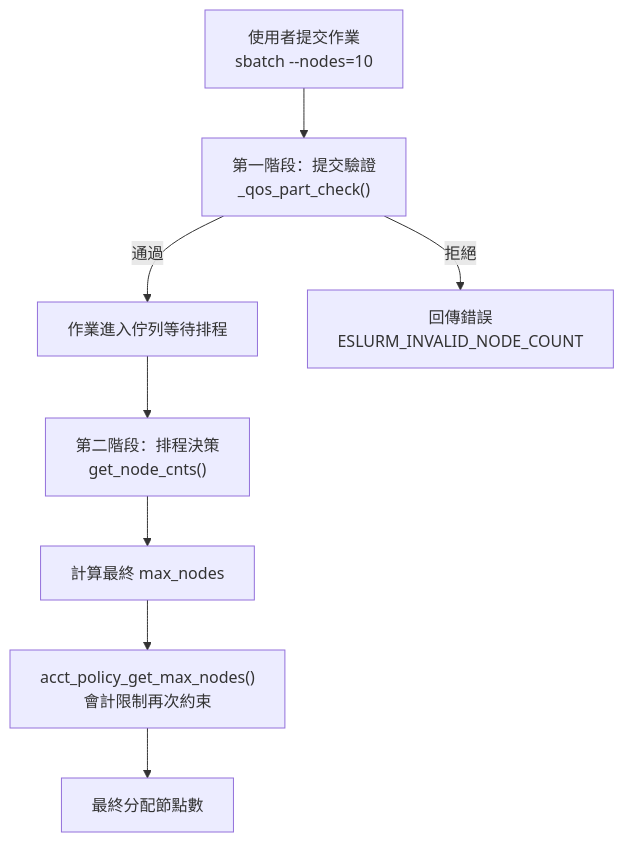
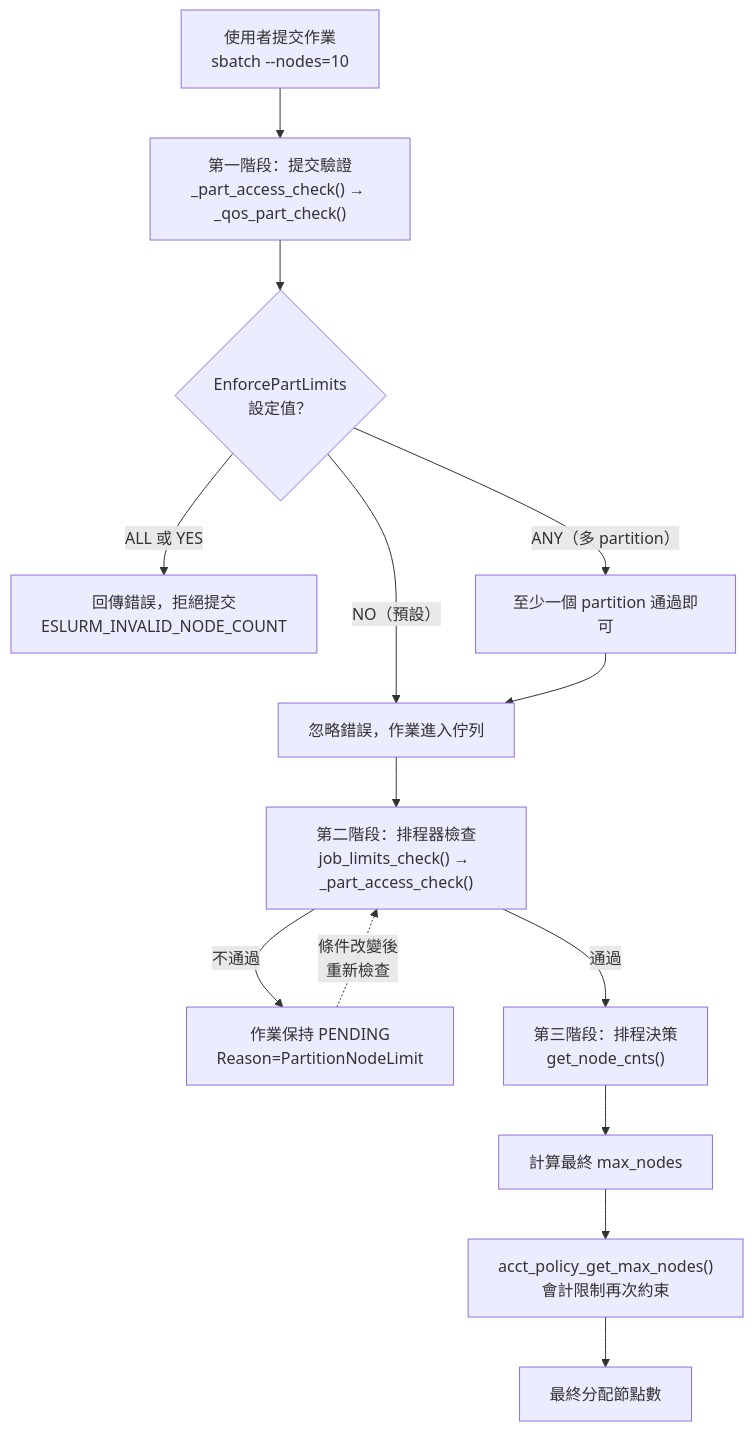
One commit to pichiu/slurm changed the first of 7 diagrams in _bmad-output/technical-reference/internals/slurm-qos-partition-node-limits.md. Above: the diagram before and after it, drawn with Mermaid. The commit also changed other lines of this file, not shown here.

First line of the commit message:
docs: fix incorrect submission rejection behavior in QOS-Partition doc

````diff
--- a/_bmad-output/technical-reference/internals/slurm-qos-partition-node-limits.md
+++ b/_bmad-output/technical-reference/internals/slurm-qos-partition-node-limits.md
@@ -28,10 +28,16 @@
 ```mermaid
 flowchart TD
-    A["使用者提交作業\nsbatch --nodes=10"] --> B["第一階段：提交驗證\n_qos_part_check()"]
-    B -->|通過| C["作業進入佇列等待排程"]
-    B -->|拒絕| D["回傳錯誤\nESLURM_INVALID_NODE_COUNT"]
-    C --> E["第二階段：排程決策\nget_node_cnts()"]
+    A["使用者提交作業\nsbatch --nodes=10"] --> B["第一階段：提交驗證\n_part_access_check() → _qos_part_check()"]
+    B --> EPL{"EnforcePartLimits\n設定值？"}
+    EPL -->|"ALL 或 YES"| D["回傳錯誤，拒絕提交\nESLURM_INVALID_NODE_COUNT"]
+    EPL -->|"NO（預設）"| C["忽略錯誤，作業進入佇列"]
+    EPL -->|"ANY（多 partition）"| ANY["至少一個 partition 通過即可"]
+    ANY --> C
+    C --> SC["第二階段：排程器檢查\njob_limits_check() → _part_access_check()"]
+    SC -->|不通過| PEND["作業保持 PENDING\nReason=PartitionNodeLimit"]
+    SC -->|通過| E["第三階段：排程決策\nget_node_cnts()"]
     E --> F["計算最終 max_nodes"]
     F --> G["acct_policy_get_max_nodes()\n會計限制再次約束"]
     G --> H["最終分配節點數"]
+    PEND -.->|"條件改變後\n重新檢查"| SC
 ```
````
